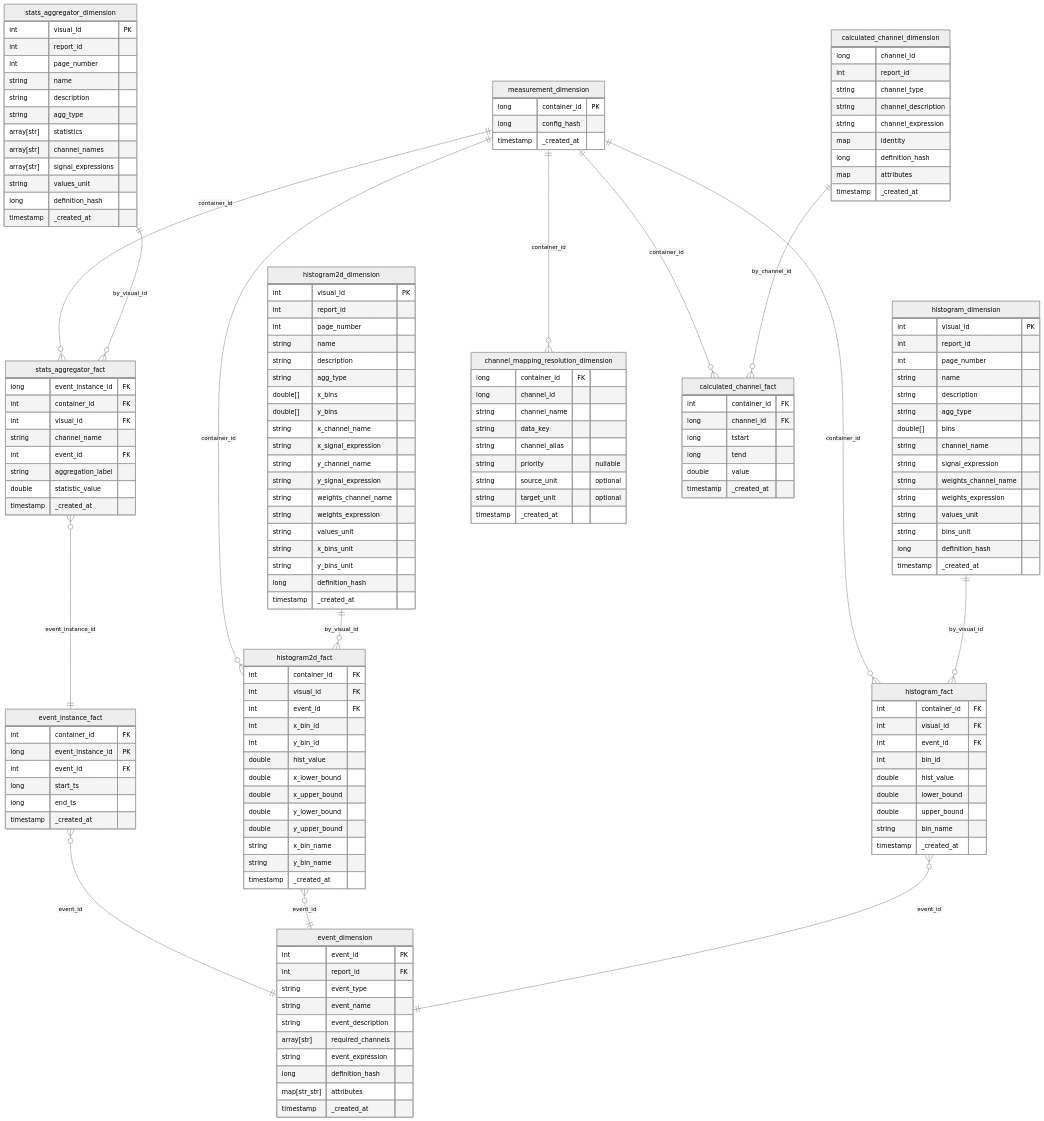
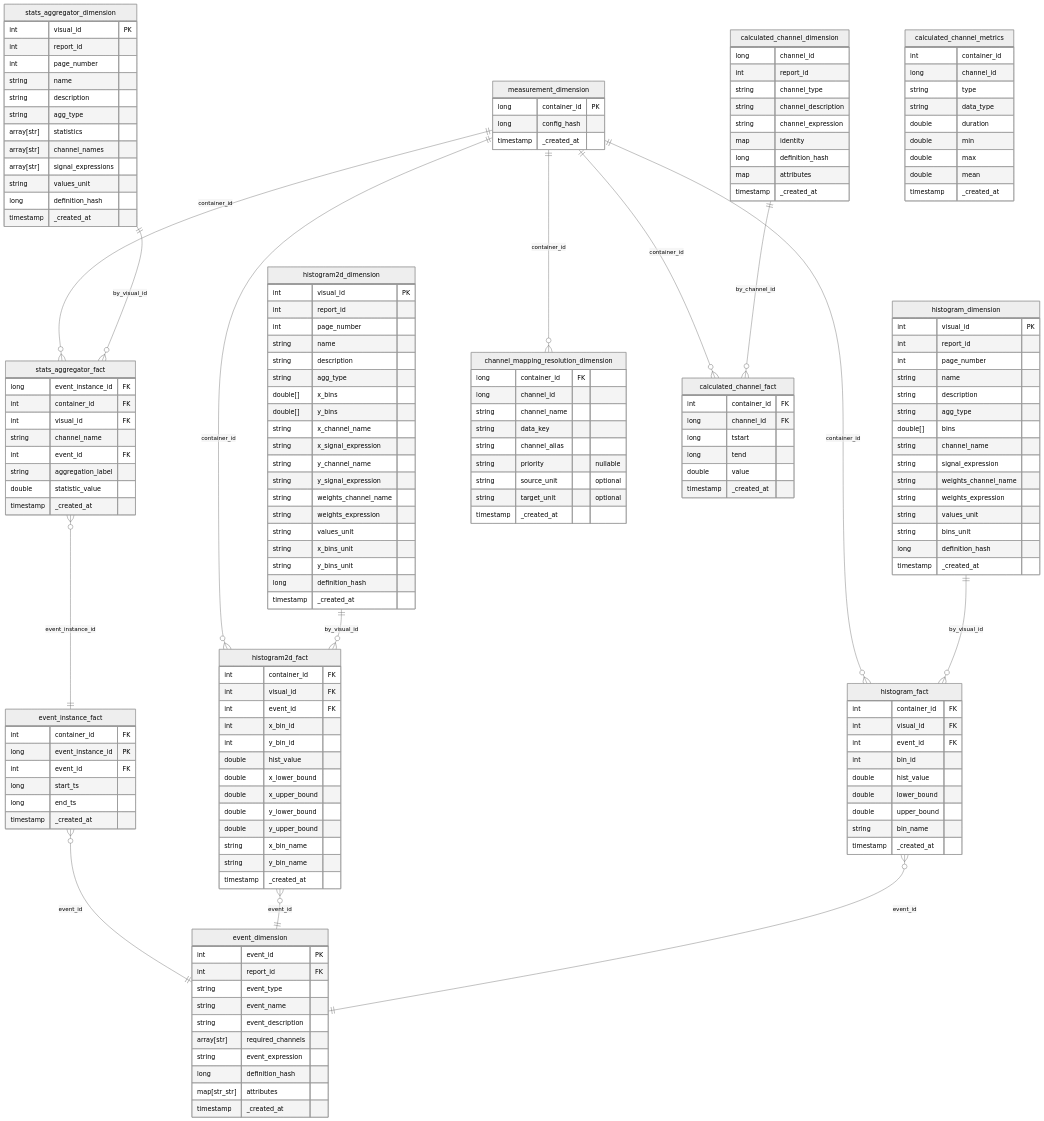
Before and after one commit to databrickslabs/impulse: the diagram in docs/impulse/docs/data_model/gold_layer_event_normalized.md, drawn with Mermaid (neutral theme). The commit also changed other lines of this file and 11 other files, not shown here.

First line of the commit message:
docs: document optional calculated_channel_metrics table and related API updates

```diff
--- a/docs/impulse/docs/data_model/gold_layer_event_normalized.md
+++ b/docs/impulse/docs/data_model/gold_layer_event_normalized.md
@@ -186,6 +186,18 @@
     timestamp _created_at
 }
 
+calculated_channel_metrics {
+    int container_id
+    long channel_id
+    string type
+    string data_type
+    double duration
+    double min
+    double max
+    double mean
+    timestamp _created_at
+}
+
 histogram_fact }o--|| event_dimension: event_id
 histogram2d_fact }o--|| event_dimension: event_id
 stats_aggregator_fact }o--|| event_instance_fact: event_instance_id
```
